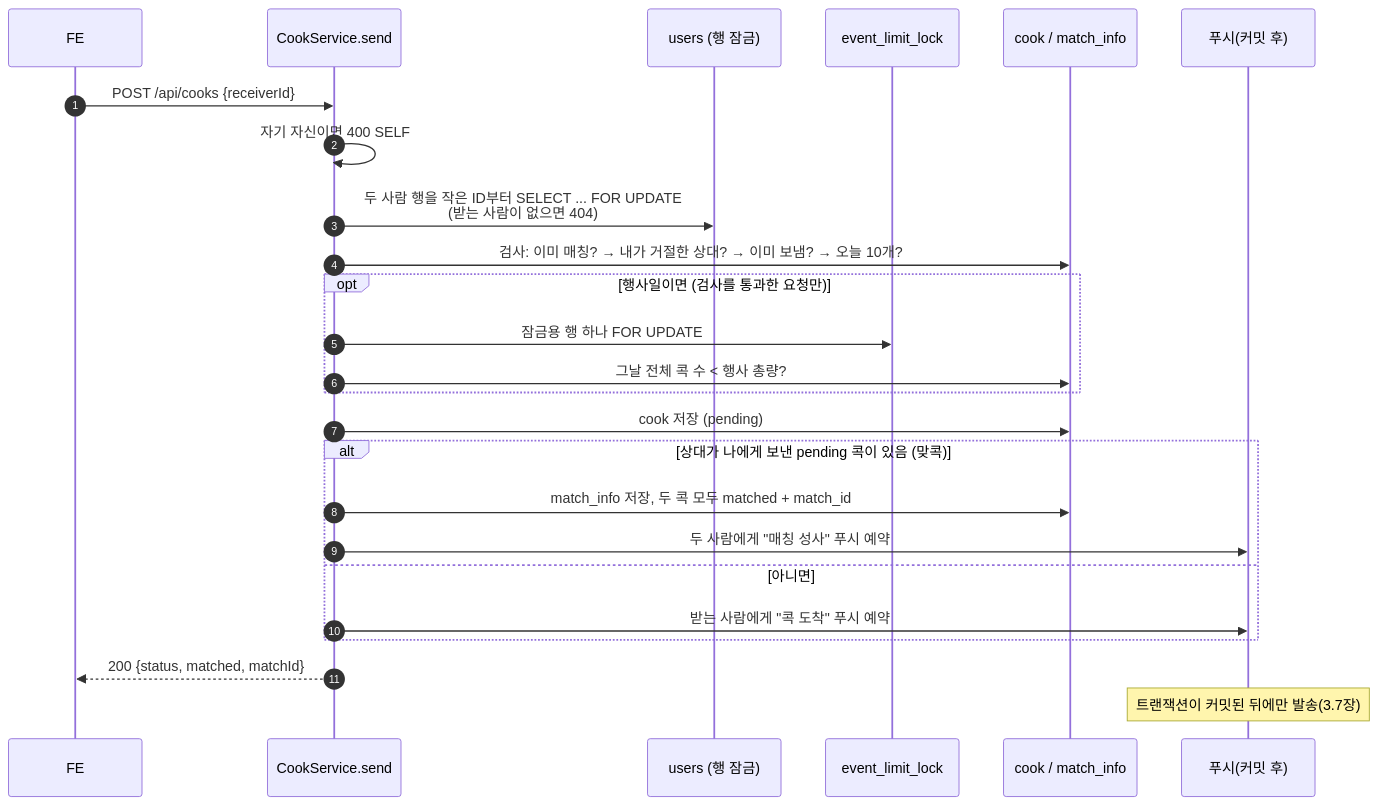
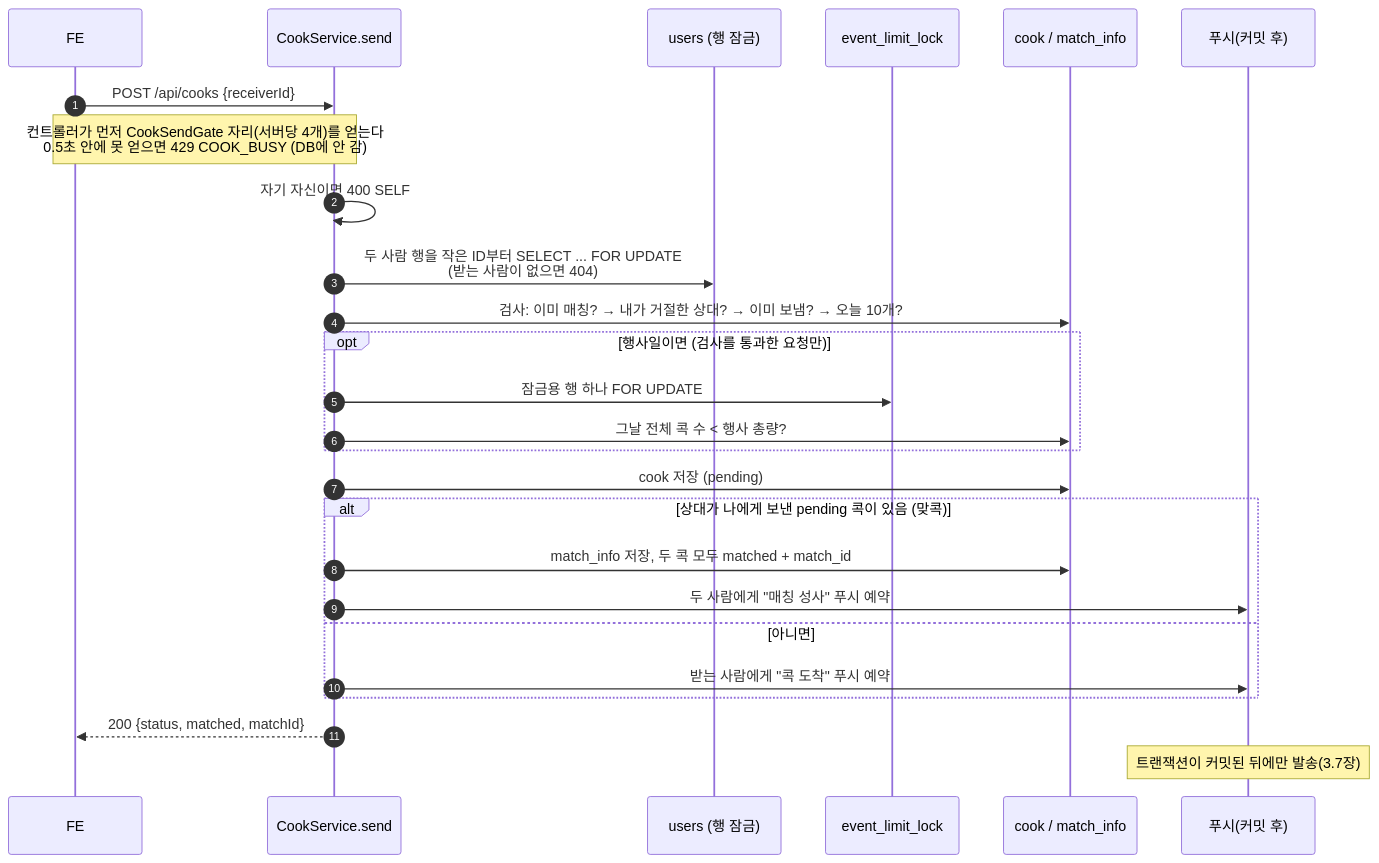
One commit to kohyunseok518/facecook-be changed the eighth of 18 diagrams in docs/백엔드_코드_온보딩.md. Above: the diagram before and after it, drawn with Mermaid. The commit also changed other lines of this file and 10 other files, not shown here.

````diff
--- a/docs/백엔드_코드_온보딩.md
+++ b/docs/백엔드_코드_온보딩.md
@@ -571,27 +573,28 @@
 ```mermaid
 sequenceDiagram
     autonumber
     participant FE
     participant CS as CookService.send
     participant U as users (행 잠금)
     participant L as event_limit_lock
     participant DB as cook / match_info
     participant P as 푸시(커밋 후)
     FE->>CS: POST /api/cooks {receiverId}
+    Note over FE,CS: 컨트롤러가 먼저 CookSendGate 자리(서버당 4개)를 얻는다<br/>0.5초 안에 못 얻으면 429 COOK_BUSY (DB에 안 감)
     CS->>CS: 자기 자신이면 400 SELF
     CS->>U: 두 사람 행을 작은 ID부터 SELECT ... FOR UPDATE<br/>(받는 사람이 없으면 404)
     CS->>DB: 검사: 이미 매칭? → 내가 거절한 상대? → 이미 보냄? → 오늘 10개?
     opt 행사일이면 (검사를 통과한 요청만)
         CS->>L: 잠금용 행 하나 FOR UPDATE
         CS->>DB: 그날 전체 콕 수 < 행사 총량?
     end
     CS->>DB: cook 저장 (pending)
     alt 상대가 나에게 보낸 pending 콕이 있음 (맞콕)
         CS->>DB: match_info 저장, 두 콕 모두 matched + match_id
         CS->>P: 두 사람에게 "매칭 성사" 푸시 예약
     else 아니면
         CS->>P: 받는 사람에게 "콕 도착" 푸시 예약
     end
     CS-->>FE: 200 {status, matched, matchId}
     Note over P: 트랜잭션이 커밋된 뒤에만 발송(3.7장)
 ```
````
